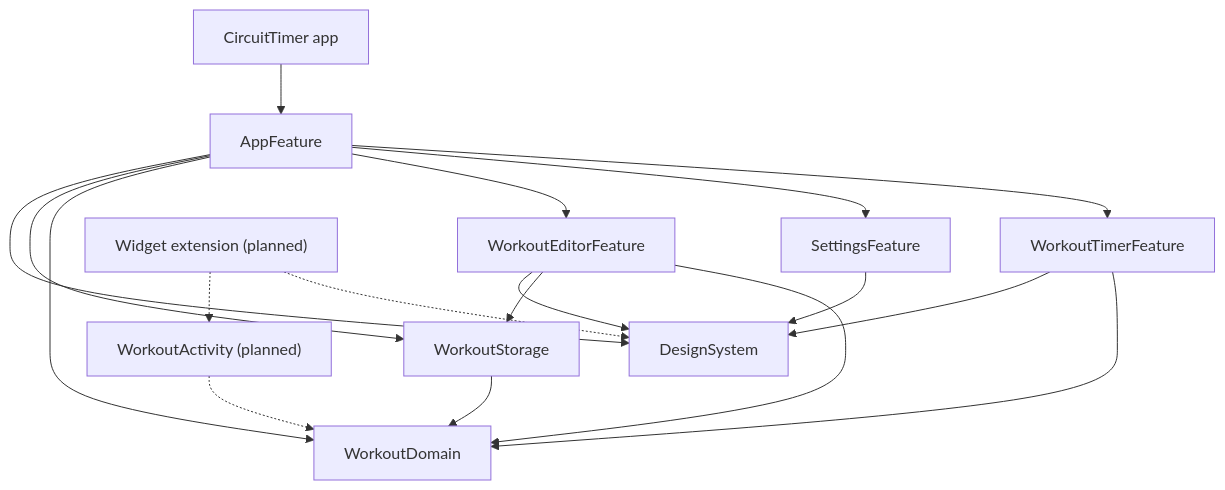
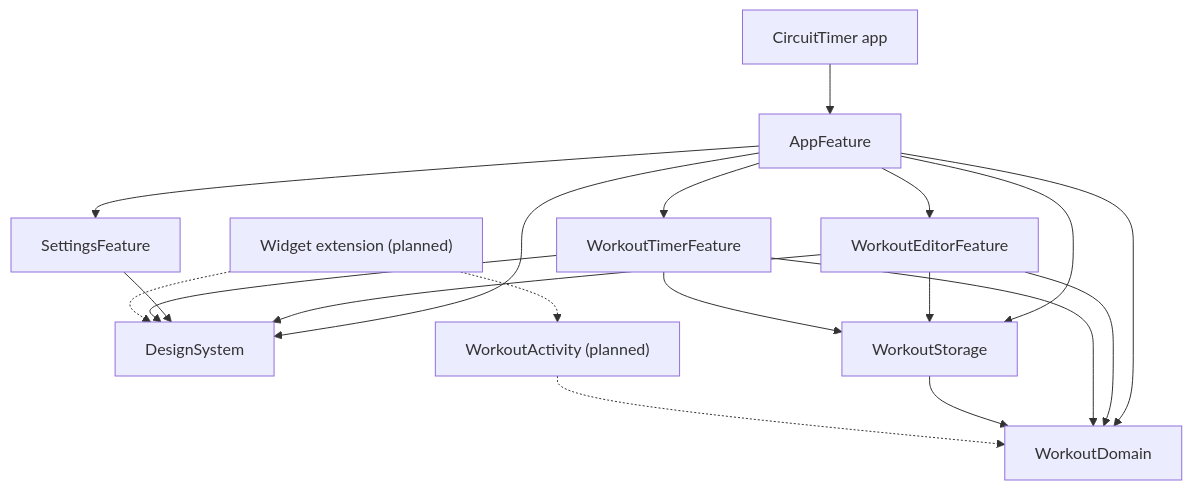
One commit to akrementsov/CircuitTimer changed the diagram in README.md. Above: the diagram before and after it, drawn with Mermaid. The commit also changed other lines of this file and 51 other files, not shown here.

````diff
--- a/README.md
+++ b/README.md
@@ -22,20 +22,21 @@
 ```mermaid
 graph TD
     App["CircuitTimer app"] --> AppFeature
     AppFeature --> DesignSystem
     AppFeature --> WorkoutStorage
     AppFeature --> WorkoutDomain
     AppFeature --> WorkoutEditorFeature
     AppFeature --> SettingsFeature
     AppFeature --> WorkoutTimerFeature
     WorkoutEditorFeature --> DesignSystem
     WorkoutEditorFeature --> WorkoutStorage
     WorkoutEditorFeature --> WorkoutDomain
     SettingsFeature --> DesignSystem
     WorkoutTimerFeature --> DesignSystem
     WorkoutTimerFeature --> WorkoutDomain
+    WorkoutTimerFeature --> WorkoutStorage
     WorkoutStorage --> WorkoutDomain
     Widget["Widget extension (planned)"] -.-> WorkoutActivity["WorkoutActivity (planned)"]
     Widget -.-> DesignSystem
     WorkoutActivity -.-> WorkoutDomain
 ```
````
